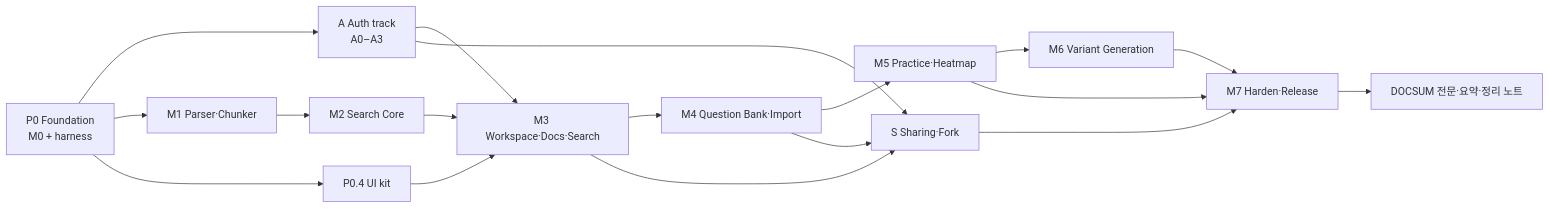
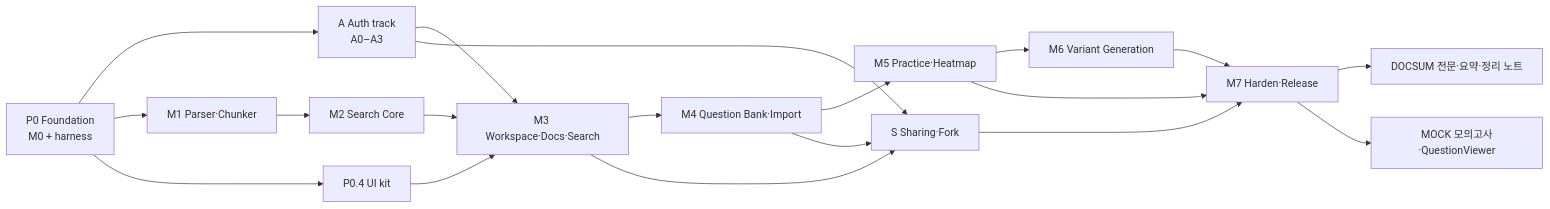
One commit to peacecheejecake/quiz-workspace changed the first of 2 diagrams in docs/implementation-plan.md. Above: the diagram before and after it, drawn with Mermaid. The commit also changed other lines of this file and 1 other file, not shown here.

First line of the commit message:
docs(plan): MOCK-SPEC task breakdown, decisions and progress

````diff
--- a/docs/implementation-plan.md
+++ b/docs/implementation-plan.md
@@ -26,20 +26,21 @@
 ```mermaid
 flowchart LR
   P0[P0 Foundation<br/>M0 + harness] --> A[A Auth track<br/>A0–A3]
   P0 --> M1[M1 Parser·Chunker]
   P0 --> UI[P0.4 UI kit]
   M1 --> M2[M2 Search Core]
   A --> M3[M3 Workspace·Docs·Search]
   M2 --> M3
   UI --> M3
   M3 --> M4[M4 Question Bank·Import]
   M4 --> M5[M5 Practice·Heatmap]
   M5 --> M6[M6 Variant Generation]
   M3 --> S[S Sharing·Fork]
   M4 --> S
   A --> S
   M5 --> M7[M7 Harden·Release]
   M6 --> M7
   S --> M7
   M7 --> DS[DOCSUM 전문·요약·정리 노트]
+  M7 --> MK[MOCK 모의고사·QuestionViewer]
 ```
````
